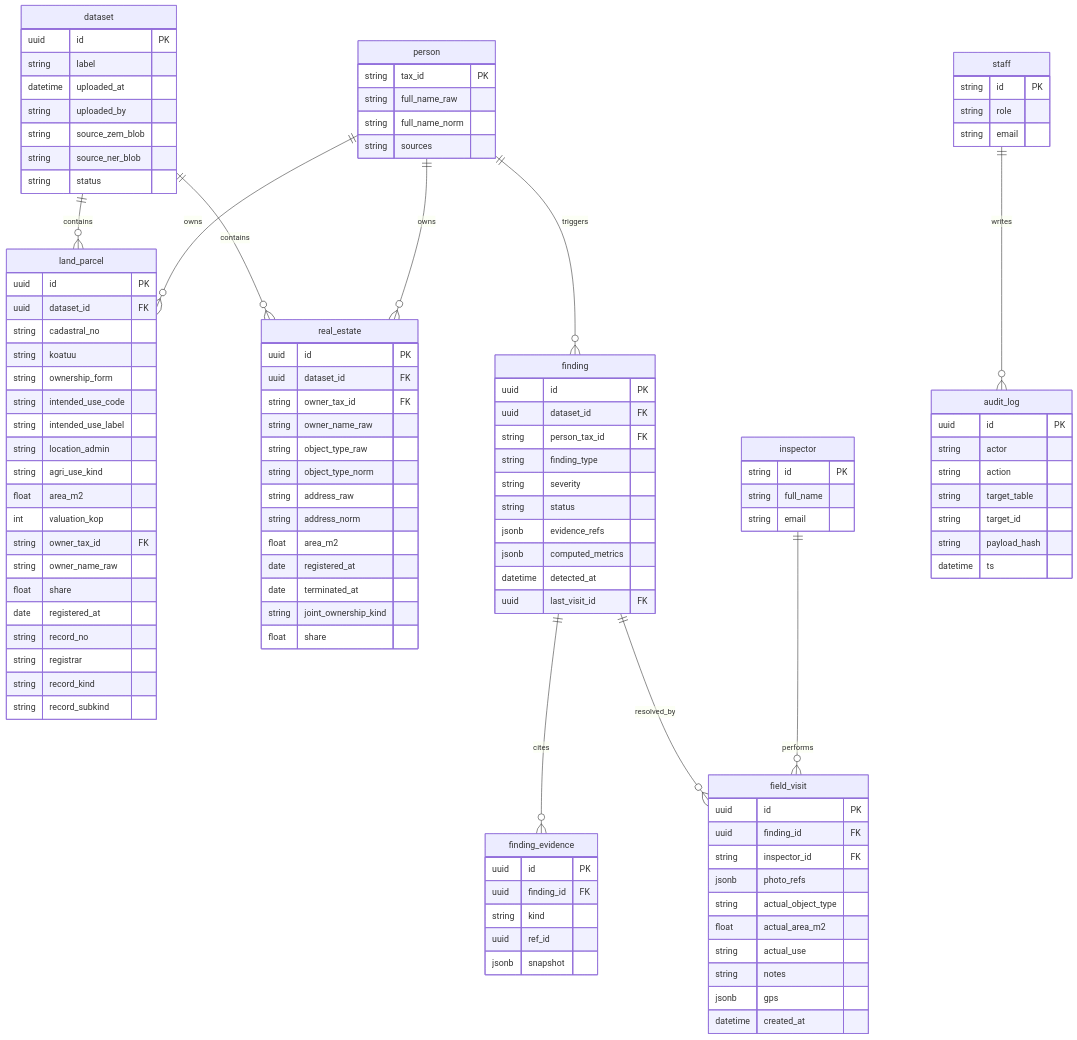
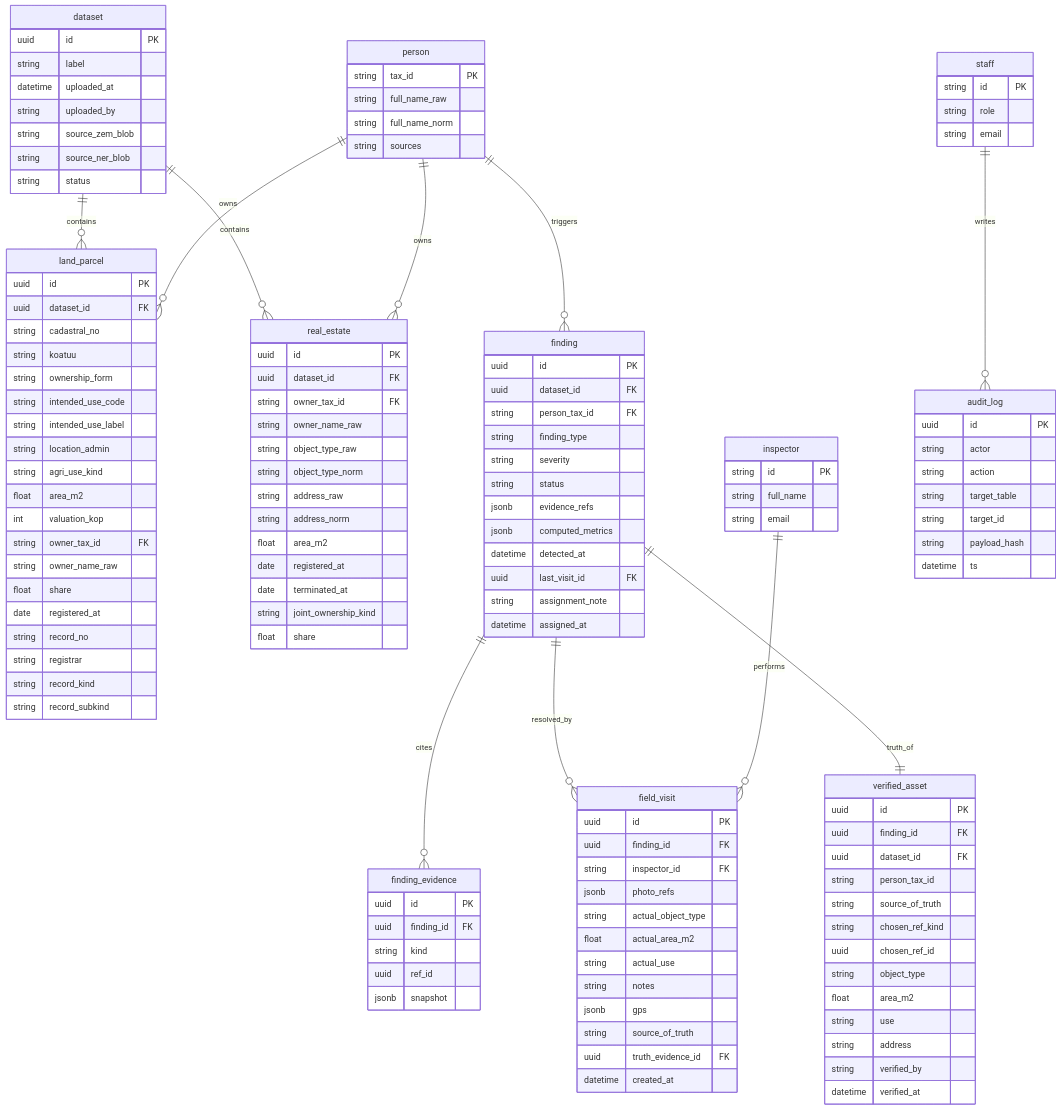
One commit to Tsegla/E-state changed the diagram in docs/data-model.md. Above: the diagram before and after it, drawn with Mermaid. The commit also changed other lines of this file and 15 other files, not shown here.

First line of the commit message:
feat: analyst assign handoff, inspector truth selection, verified_asset

```diff
--- a/docs/data-model.md
+++ b/docs/data-model.md
@@ -15,6 +15,7 @@
   person ||--o{ finding : triggers
   finding ||--o{ finding_evidence : cites
   finding ||--o{ field_visit : resolved_by
+  finding ||--|| verified_asset : truth_of
   inspector ||--o{ field_visit : performs
   staff ||--o{ audit_log : writes
 
@@ -80,6 +81,8 @@
     jsonb computed_metrics
     datetime detected_at
     uuid last_visit_id FK
+    string assignment_note
+    datetime assigned_at
   }
   finding_evidence {
     uuid id PK
@@ -98,7 +101,24 @@
     string actual_use
     string notes
     jsonb gps
+    string source_of_truth
+    uuid truth_evidence_id FK
     datetime created_at
+  }
+  verified_asset {
+    uuid id PK
+    uuid finding_id FK
+    uuid dataset_id FK
+    string person_tax_id
+    string source_of_truth
+    string chosen_ref_kind
+    uuid chosen_ref_id
+    string object_type
+    float area_m2
+    string use
+    string address
+    string verified_by
+    datetime verified_at
   }
   inspector {
     string id PK
```
